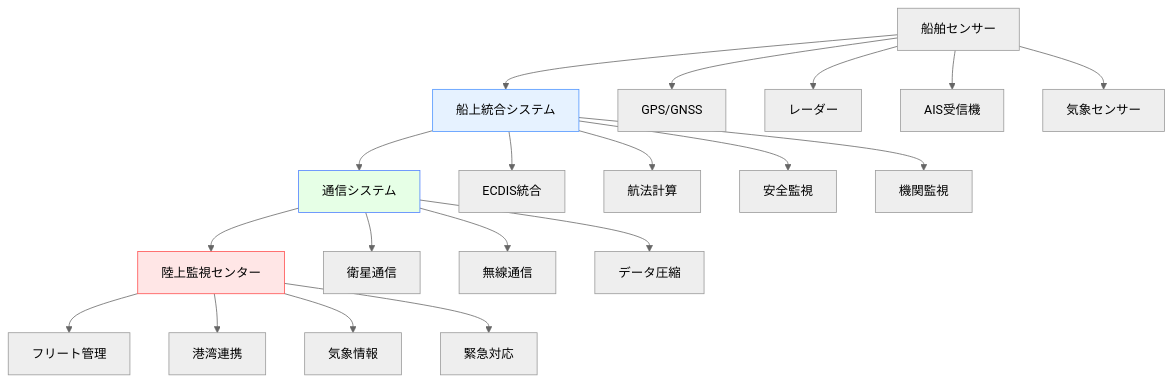
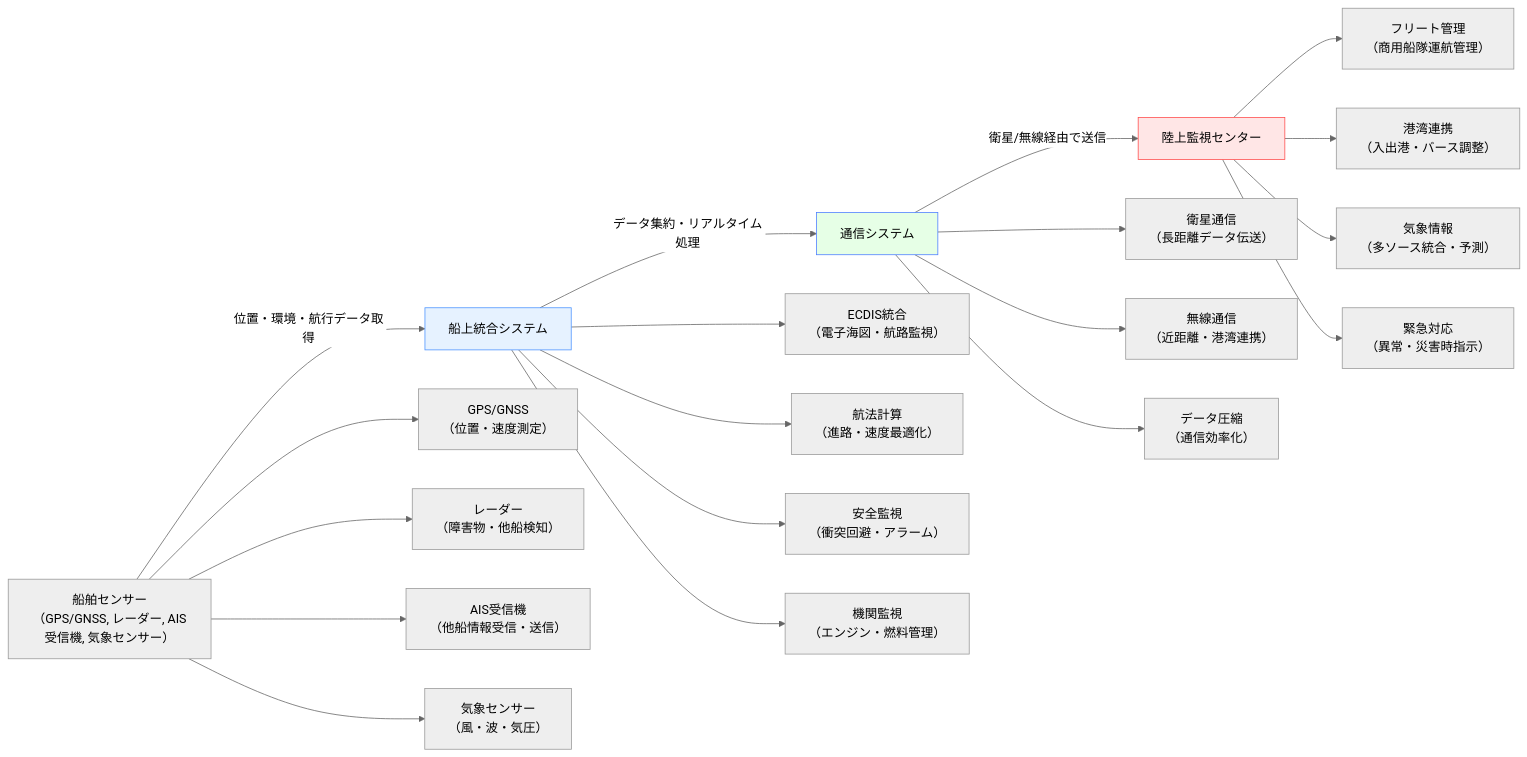
The diagram in docs/software/maritime-software.md (shuji-bonji/Situational-Awareness-and-Decision-Making), drawn with Mermaid (neutral theme) before and after one commit. The commit also changed other lines of this file, not shown here.

````diff
--- a/docs/software/maritime-software.md
+++ b/docs/software/maritime-software.md
@@ -21,29 +24,30 @@
 ```mermaid
-graph TD
-    A[船舶センサー] --> B[船上統合システム]
-    B --> C[通信システム]
-    C --> D[陸上監視センター]
+graph LR
+    A[船舶センサー<br>（GPS/GNSS, レーダー, AIS受信機, 気象センサー）]
+        -->|位置・環境・航行データ取得| B[船上統合システム]
+    B -->|データ集約・リアルタイム処理| C[通信システム]
+    C -->|衛星/無線経由で送信| D[陸上監視センター]
     
-    A --> A1[GPS/GNSS]
-    A --> A2[レーダー]
-    A --> A3[AIS受信機]
-    A --> A4[気象センサー]
+    A --> A1[GPS/GNSS<br>（位置・速度測定）]
+    A --> A2[レーダー<br>（障害物・他船検知）]
+    A --> A3[AIS受信機<br>（他船情報受信・送信）]
+    A --> A4[気象センサー<br>（風・波・気圧）]
     
-    B --> B1[ECDIS統合]
-    B --> B2[航法計算]
-    B --> B3[安全監視]
-    B --> B4[機関監視]
+    B --> B1[ECDIS統合<br>（電子海図・航路監視）]
+    B --> B2[航法計算<br>（進路・速度最適化）]
+    B --> B3[安全監視<br>（衝突回避・アラーム）]
+    B --> B4[機関監視<br>（エンジン・燃料管理）]
     
-    C --> C1[衛星通信]
-    C --> C2[無線通信]
-    C --> C3[データ圧縮]
+    C --> C1[衛星通信<br>（長距離データ伝送）]
+    C --> C2[無線通信<br>（近距離・港湾連携）]
+    C --> C3[データ圧縮<br>（通信効率化）]
     
-    D --> D1[フリート管理]
-    D --> D2[港湾連携]
-    D --> D3[気象情報]
-    D --> D4[緊急対応]
+    D --> D1[フリート管理<br>（商用船隊運航管理）]
+    D --> D2[港湾連携<br>（入出港・バース調整）]
+    D --> D3[気象情報<br>（多ソース統合・予測）]
+    D --> D4[緊急対応<br>（異常・災害時指示）]
     
     style B fill:#e6f2ff,stroke:#4d94ff
     style C fill:#e6ffe6,stroke:#4d7fff
     style D fill:#ffe6e6,stroke:#ff4d4d
 ```
````
